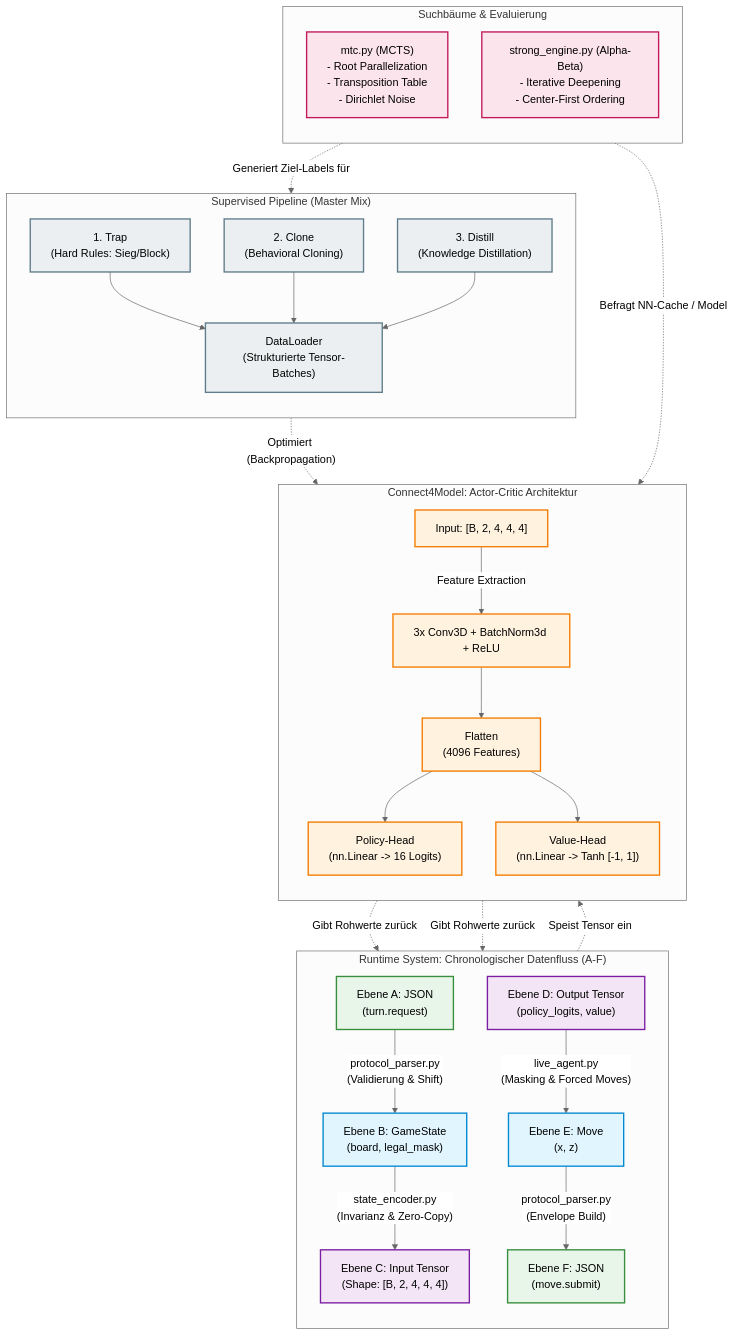
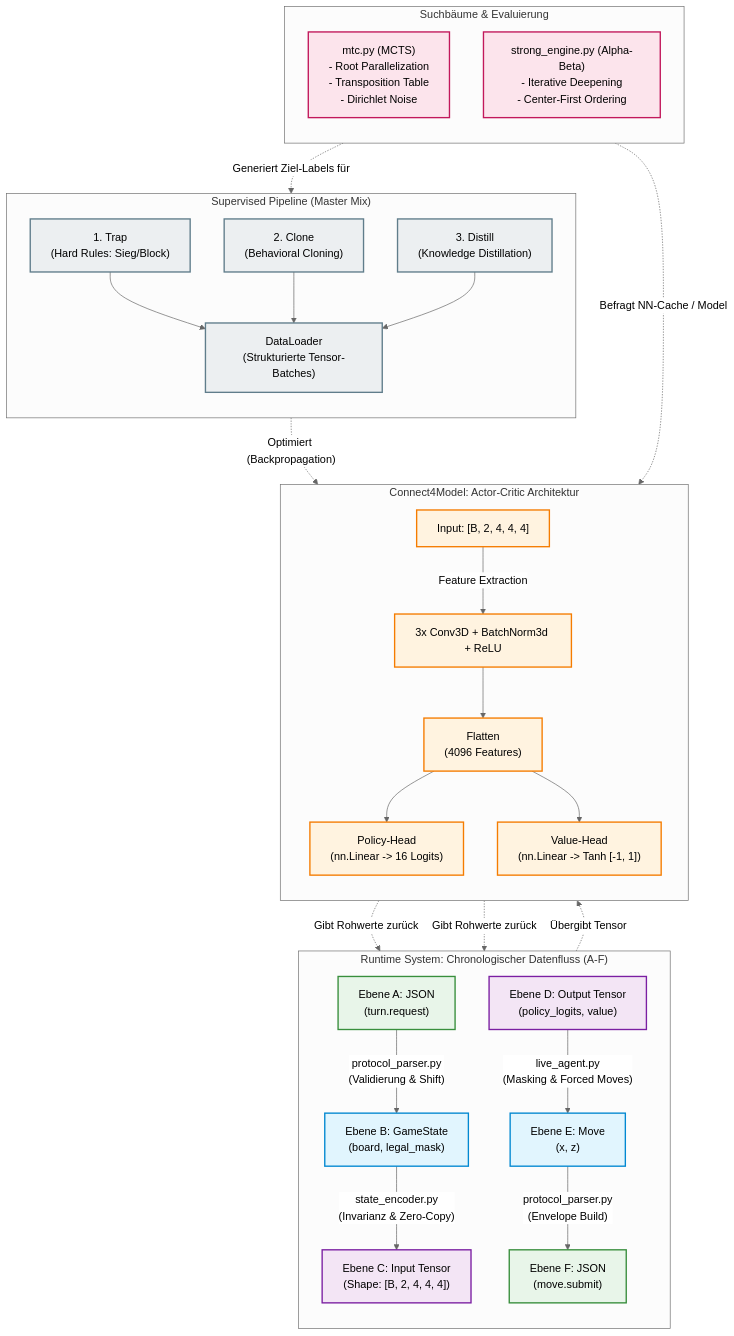
The diagram in docs/system/architecture_lvl3.md (Cedrik-Meyer/4_Gewinnt_Gruppe_3), drawn with Mermaid (neutral theme) before and after one commit. The commit also changed other lines of this file and 22 other files, not shown here.

````diff
--- a/docs/system/architecture_lvl3.md
+++ b/docs/system/architecture_lvl3.md
@@ -5,66 +5,66 @@
 ```mermaid
 flowchart TB
     %% Styling Definitionen
     classDef json fill:#e8f5e9,stroke:#388e3c,stroke-width:2px;
     classDef logic fill:#e1f5fe,stroke:#0288d1,stroke-width:2px;
     classDef tensor fill:#f3e5f5,stroke:#7b1fa2,stroke-width:2px;
     classDef model fill:#fff3e0,stroke:#f57c00,stroke-width:2px;
     classDef search fill:#fce4ec,stroke:#c2185b,stroke-width:2px;
     classDef train fill:#eceff1,stroke:#607d8b,stroke-width:2px;
 
     %% 1. Inferenz-Datenfluss (A-F)
     subgraph Live_Pipeline ["Runtime System: Chronologischer Datenfluss (A-F)"]
         direction TB
         A["Ebene A: JSON<br/>(turn.request)"]:::json
         B["Ebene B: GameState<br/>(board, legal_mask)"]:::logic
         C["Ebene C: Input Tensor<br/>(Shape: [B, 2, 4, 4, 4])"]:::tensor
         D["Ebene D: Output Tensor<br/>(policy_logits, value)"]:::tensor
         E["Ebene E: Move<br/>(x, z)"]:::logic
         F["Ebene F: JSON<br/>(move.submit)"]:::json
 
         A -->|"protocol_parser.py<br/>(Validierung & Shift)"| B
         B -->|"state_encoder.py<br/>(Invarianz & Zero-Copy)"| C
         D -->|"live_agent.py<br/>(Masking & Forced Moves)"| E
         E -->|"protocol_parser.py<br/>(Envelope Build)"| F
     end
 
     %% 2. Neuronales Netzwerk Architektur
     subgraph NN_Arch ["Connect4Model: Actor-Critic Architektur"]
         direction TB
         Input["Input: [B, 2, 4, 4, 4]"]:::model
         Conv["3x Conv3D + BatchNorm3d + ReLU"]:::model
         Flatten["Flatten<br/>(4096 Features)"]:::model
         PolHead["Policy-Head<br/>(nn.Linear -> 16 Logits)"]:::model
         ValHead["Value-Head<br/>(nn.Linear -> Tanh [-1, 1])"]:::model
 
         Input -->|"Feature Extraction"| Conv --> Flatten
         Flatten --> PolHead
         Flatten --> ValHead
     end
 
     %% 3. Suchbäume & Tools
     subgraph Search_Engines ["Suchbäume & Evaluierung"]
         direction TB
         MCTS["mtc.py (MCTS)<br/>- Root Parallelization<br/>- Transposition Table<br/>- Dirichlet Noise"]:::search
         AlphaBeta["strong_engine.py (Alpha-Beta)<br/>- Iterative Deepening<br/>- Center-First Ordering"]:::search
     end
 
     %% 4. Trainings-Pipeline (Master Mix)
     subgraph Training_Pipeline ["Supervised Pipeline (Master Mix)"]
         direction TB
         Trap["1. Trap<br/>(Hard Rules: Sieg/Block)"]:::train
         Clone["2. Clone<br/>(Behavioral Cloning)"]:::train
         Distill["3. Distill<br/>(Knowledge Distillation)"]:::train
         Loader["DataLoader<br/>(Strukturierte Tensor-Batches)"]:::train
 
         Trap & Clone & Distill --> Loader
     end
 
     %% Verbindungen zwischen den Subgraphen
-    C -. "Speist Tensor ein" .-> Input
+    C -. "Übergibt Tensor" .-> Input
     PolHead & ValHead -. "Gibt Rohwerte zurück" .-> D
     
     AlphaBeta -. "Generiert Ziel-Labels für" .-> Clone
     MCTS -. "Befragt NN-Cache / Model" .-> Input
     Loader -. "Optimiert (Backpropagation)" .-> Conv
 ```
````
